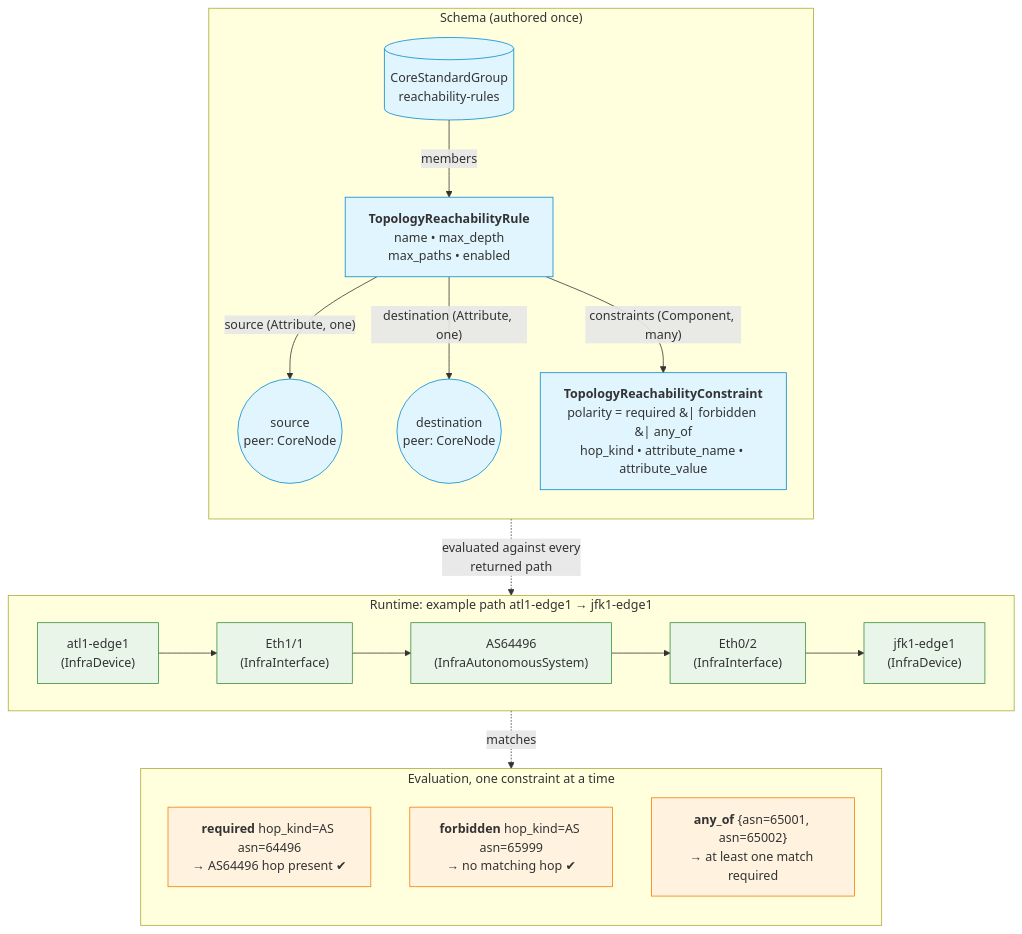
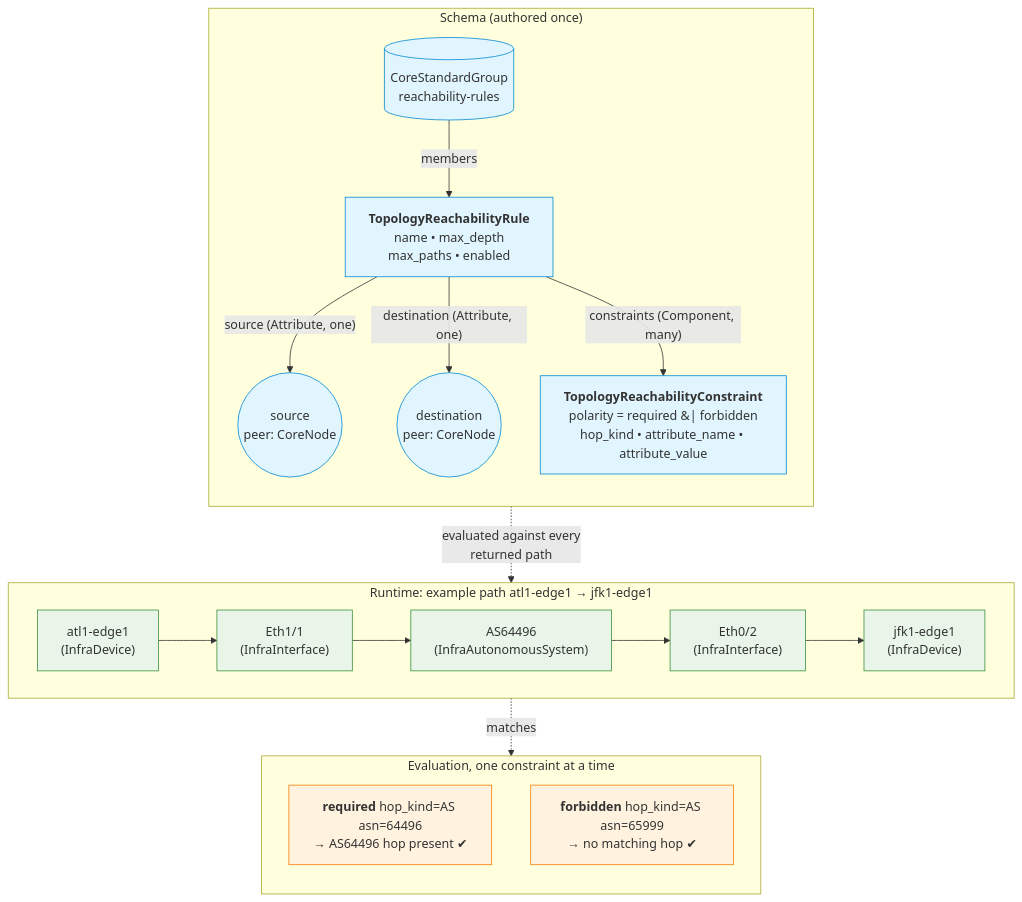
Before and after one commit to opsmill/infrahub-demo-reachability-check: the second of 2 diagrams in README.md, drawn with Mermaid. The commit also changed other lines of this file and 6 other files, not shown here.

````diff
--- a/README.md
+++ b/README.md
@@ -196,40 +196,39 @@
 ```mermaid
 graph TB
     subgraph SCH ["Schema (authored once)"]
         direction TB
         Group[("CoreStandardGroup<br/>reachability-rules")]
         Rule["<b>TopologyReachabilityRule</b><br/>name • max_depth<br/>max_paths • enabled"]
-        Constraint["<b>TopologyReachabilityConstraint</b><br/>polarity = required &#124; forbidden &#124; any_of<br/>hop_kind • attribute_name • attribute_value"]
+        Constraint["<b>TopologyReachabilityConstraint</b><br/>polarity = required &#124; forbidden<br/>hop_kind • attribute_name • attribute_value"]
         Source(("source<br/>peer: CoreNode"))
         Dest(("destination<br/>peer: CoreNode"))
         Group -- members --> Rule
         Rule -- "source (Attribute, one)" --> Source
         Rule -- "destination (Attribute, one)" --> Dest
         Rule -- "constraints (Component, many)" --> Constraint
     end
 
     subgraph RUN ["Runtime: example path atl1-edge1 → jfk1-edge1"]
         direction LR
         H0["atl1-edge1<br/>(InfraDevice)"] --> H1["Eth1/1<br/>(InfraInterface)"]
         H1 --> H2["AS64496<br/>(InfraAutonomousSystem)"]
         H2 --> H3["Eth0/2<br/>(InfraInterface)"]
         H3 --> H4["jfk1-edge1<br/>(InfraDevice)"]
     end
 
     subgraph EVAL ["Evaluation, one constraint at a time"]
         direction TB
         Req["<b>required</b> hop_kind=AS asn=64496<br/>→ AS64496 hop present ✔"]
         Fbd["<b>forbidden</b> hop_kind=AS asn=65999<br/>→ no matching hop ✔"]
-        Anyo["<b>any_of</b> {asn=65001, asn=65002}<br/>→ at least one match required"]
     end
 
     Constraint -. "evaluated against every<br/>returned path" .-> RUN
     H2 -. "matches" .-> Req
 
     classDef schema fill:#e1f5fe,stroke:#0288d1
     classDef runtime fill:#e8f5e8,stroke:#388e3c
     classDef eval fill:#fff3e0,stroke:#f57c00
     class Group,Rule,Constraint,Source,Dest schema
     class H0,H1,H2,H3,H4 runtime
-    class Req,Fbd,Anyo eval
+    class Req,Fbd eval
 ```
````
